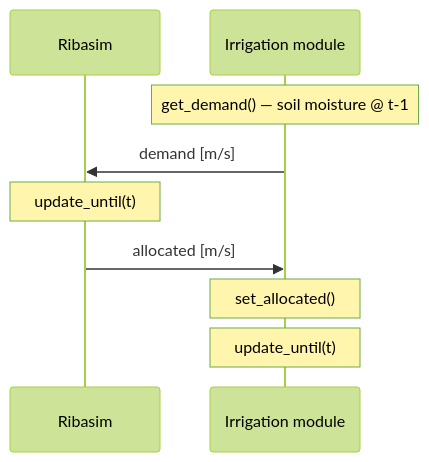
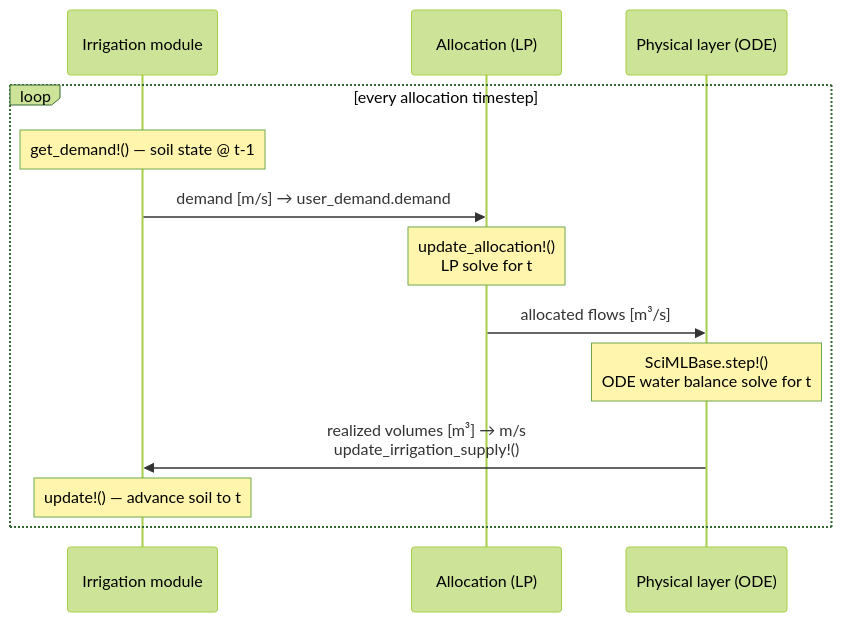
One commit to Deltares/Ribasim changed the diagram in irrigation/README.md. Above: the diagram before and after it, drawn with Mermaid (forest theme). The commit also changed other lines of this file, not shown here.

````diff
--- a/irrigation/README.md
+++ b/irrigation/README.md
@@ -102,11 +108,19 @@
 ```mermaid
 sequenceDiagram
-    participant R as Ribasim
     participant W as Irrigation module
-    Note over W: get_demand() — soil moisture @ t-1
-    W->>R: demand [m/s]
-    Note over R: update_until(t)
-    R->>W: allocated [m/s]
-    Note over W: set_allocated()
-    Note over W: update_until(t)
+    participant A as Allocation (LP)
+    participant P as Physical layer (ODE)
+
+    loop every allocation timestep
+        Note over W: get_demand!() — soil state @ t-1
+        W->>A: demand [m/s] → user_demand.demand
+
+        Note over A: update_allocation!()<br/>LP solve for t
+        A->>P: allocated flows [m³/s]
+
+        Note over P: SciMLBase.step!()<br/>ODE water balance solve for t
+
+        P->>W: realized volumes [m³] → m/s<br/>update_irrigation_supply!()
+        Note over W: update!() — advance soil to t
+    end
 ```
````
